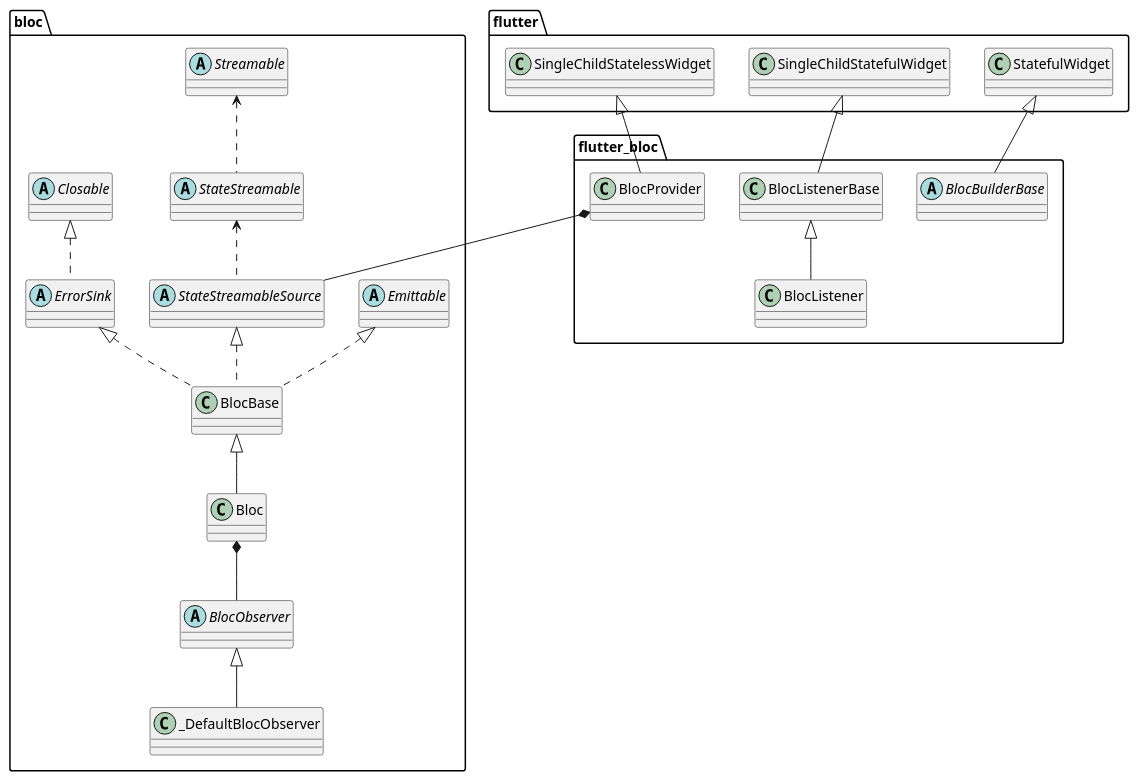
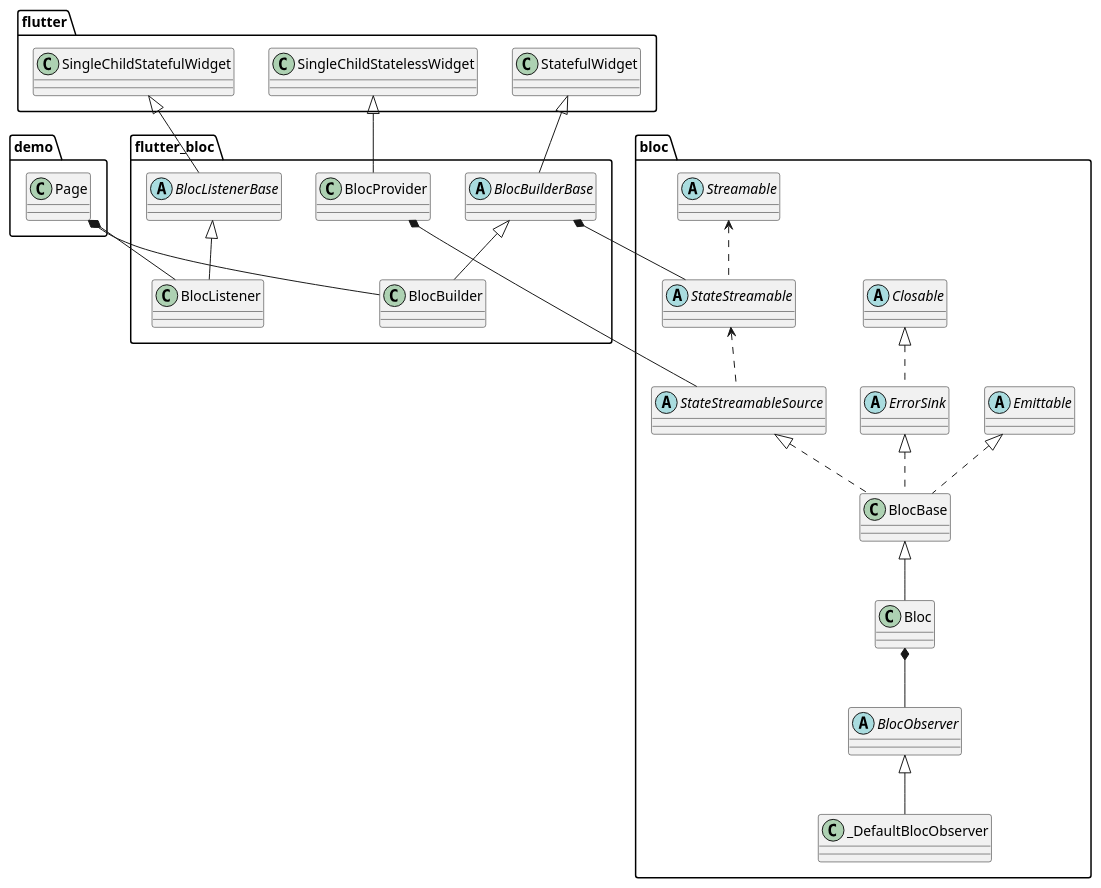
One commit to duweiwang/duweiwang.github.io changed the diagram in uml/flutter-bloc.puml. Above: the diagram before and after it, drawn with PlantUML.

Commit message:
完善逻辑

```diff
--- a/uml/flutter-bloc.puml
+++ b/uml/flutter-bloc.puml
@@ -1,56 +1,64 @@
 @startuml
 'https://plantuml.com/class-diagram
 
 package bloc{
     class BlocBase
     class Bloc
 
     abstract class Emittable
     abstract class Closable
     abstract class ErrorSink
     abstract class StateStreamableSource
 
     abstract class Streamable
     abstract class StateStreamable
     abstract class BlocObserver
     class _DefaultBlocObserver
 }
 
 BlocBase <|-- Bloc
 StateStreamableSource <|.. BlocBase
 Emittable <|.. BlocBase
 ErrorSink <|.. BlocBase
 Closable <|.. ErrorSink
 
 Streamable <.. StateStreamable
 StateStreamable <.. StateStreamableSource
 
 BlocObserver <|-- _DefaultBlocObserver
 
 package flutter_bloc {
 
     abstract class BlocBuilderBase
-    class BlocListenerBase
+    abstract class BlocListenerBase
     class BlocListener
     class BlocProvider
+    class BlocBuilder
 }
 
 package flutter {
     class SingleChildStatefulWidget
     class SingleChildStatelessWidget
     class StatefulWidget
 }
 
 SingleChildStatefulWidget <|-- BlocListenerBase
 SingleChildStatelessWidget <|-- BlocProvider
 StatefulWidget <|-- BlocBuilderBase
 
 BlocListenerBase <|-- BlocListener
-
+BlocBuilderBase <|-- BlocBuilder
 
 BlocProvider *-- StateStreamableSource
-
+BlocBuilderBase *-- StateStreamable
 
 Bloc *-- BlocObserver
 
+package demo{
+
+    class Page{}
+}
+
+Page *-- BlocListener
+Page *-- BlocBuilder
 @enduml
```
